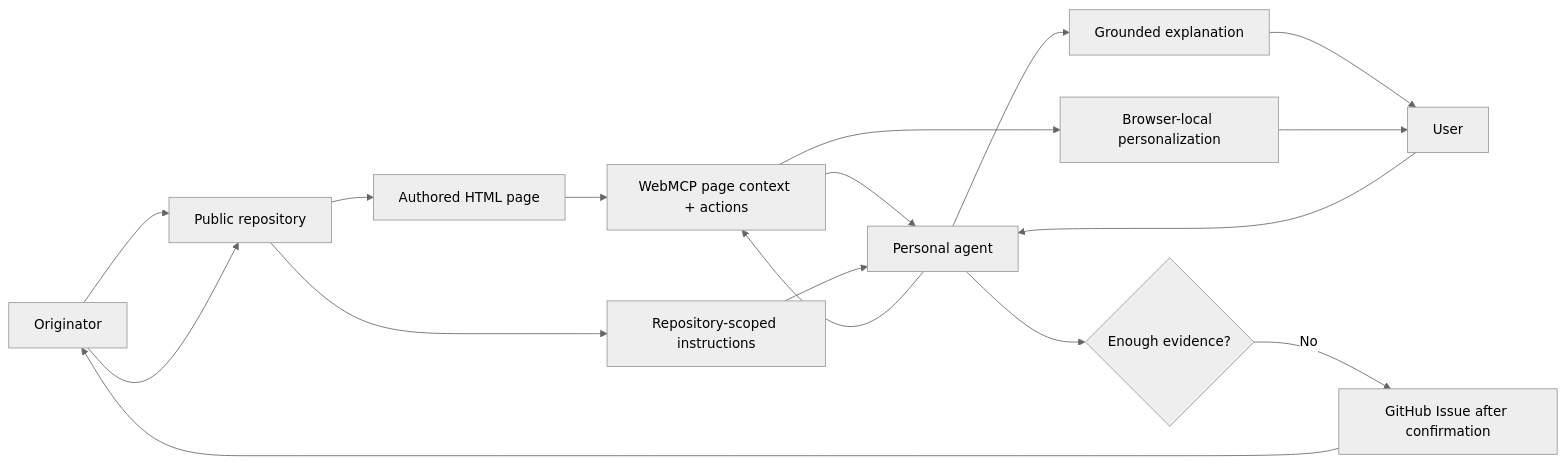
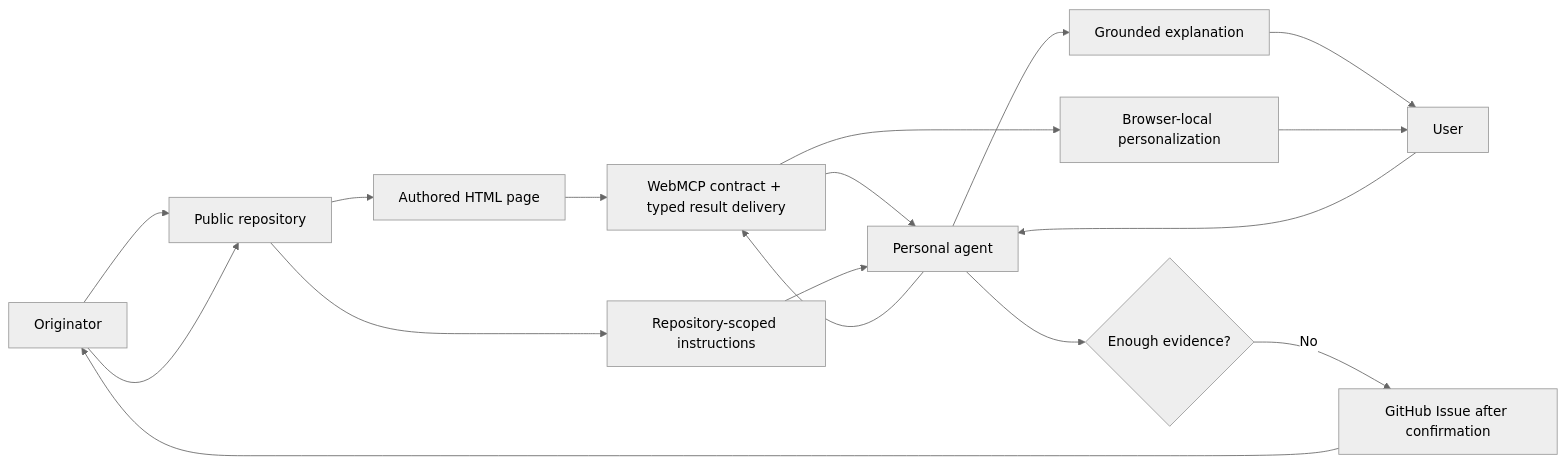
The diagram in knowledge/00-overview.md (andrew-veresov/explain-him), drawn with Mermaid (neutral theme) before and after one commit. The commit also changed other lines of this file and 21 other files, not shown here.

Commit message:
Complete skill-driven WebMCP flow

````diff
--- a/knowledge/00-overview.md
+++ b/knowledge/00-overview.md
@@ -13,19 +13,19 @@
 ```mermaid
 flowchart LR
     O[Originator] --> R[Public repository]
     R --> P[Authored HTML page]
     R --> S[Repository-scoped instructions]
     U[User] --> A[Personal agent]
-    P --> W[WebMCP page context + actions]
+    P --> W[WebMCP contract + typed result delivery]
     W --> A
     S --> A
     A --> E[Grounded explanation]
     E --> U
     A --> W
     W --> L[Browser-local personalization]
     L --> U
     A --> Q{Enough evidence?}
     Q -->|No| I[GitHub Issue after confirmation]
     I --> O
     O --> R
 ```
````
